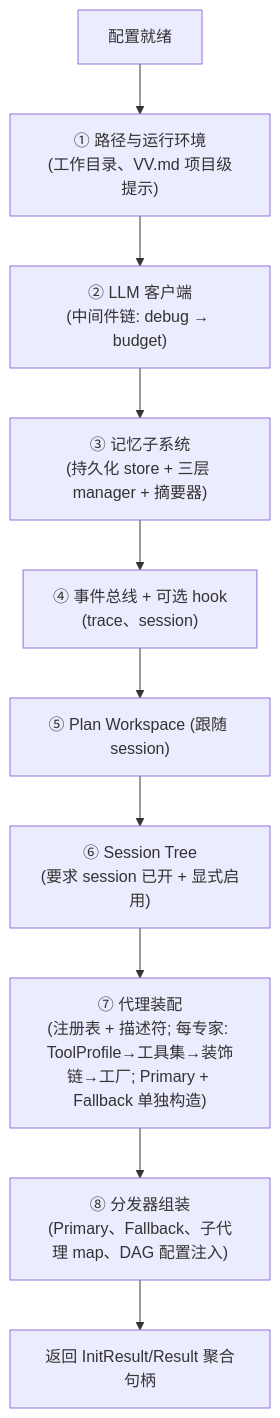
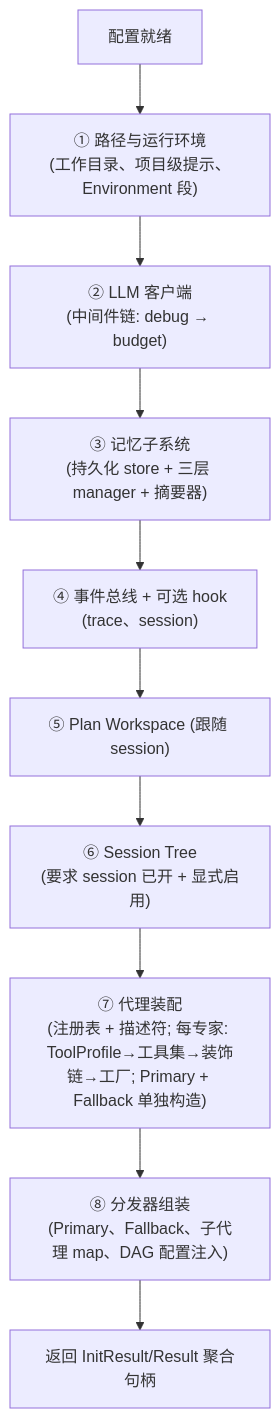
The diagram in doc/domains/core/configuration/design.md (vogo/vv), drawn with Mermaid before and after one commit. The commit also changed other lines of this file and 44 other files, not shown here.

````diff
--- a/doc/domains/core/configuration/design.md
+++ b/doc/domains/core/configuration/design.md
@@ -69,12 +69,12 @@
 ```mermaid
 flowchart TD
-    cfg[配置就绪] --> A1["① 路径与运行环境<br/>(工作目录、VV.md 项目级提示)"]
+    cfg[配置就绪] --> A1["① 路径与运行环境<br/>(工作目录、项目级提示、Environment 段)"]
     A1 --> A2["② LLM 客户端<br/>(中间件链: debug → budget)"]
     A2 --> A3["③ 记忆子系统<br/>(持久化 store + 三层 manager + 摘要器)"]
     A3 --> A4["④ 事件总线 + 可选 hook<br/>(trace、session)"]
     A4 --> A5["⑤ Plan Workspace (跟随 session)"]
     A5 --> A6["⑥ Session Tree<br/>(要求 session 已开 + 显式启用)"]
     A6 --> A7["⑦ 代理装配<br/>(注册表 + 描述符; 每专家: ToolProfile→工具集→装饰链→工厂; Primary + Fallback 单独构造)"]
     A7 --> A8["⑧ 分发器组装<br/>(Primary、Fallback、子代理 map、DAG 配置注入)"]
     A8 --> out[返回 InitResult/Result 聚合句柄]
 ```
````
